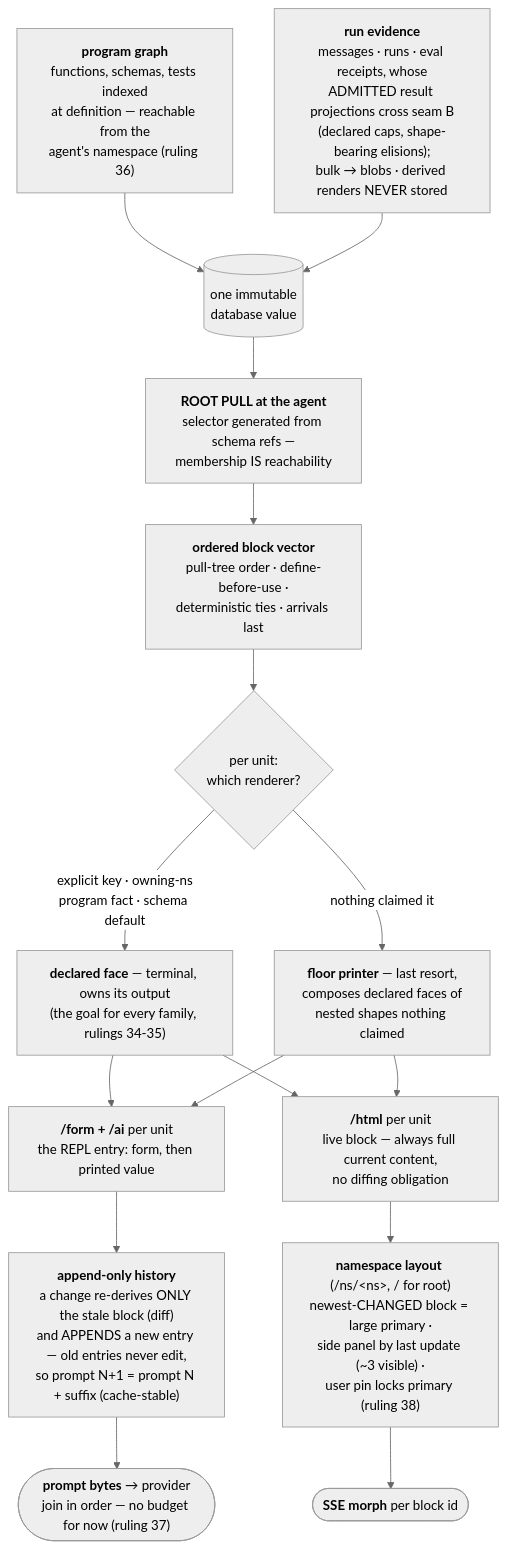
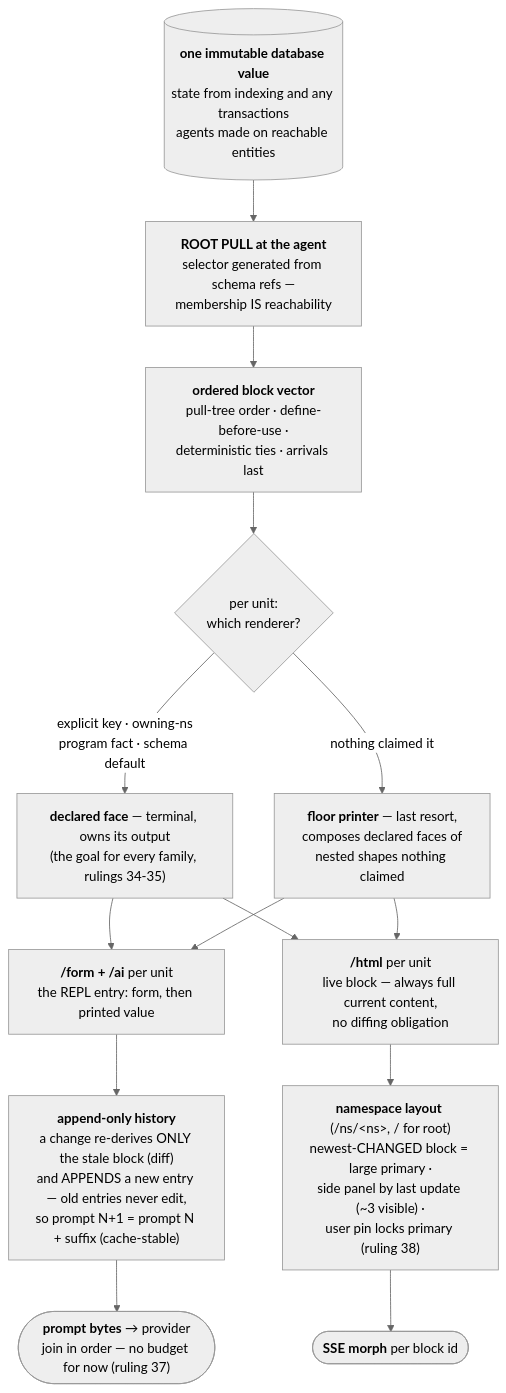
The diagram in docs/prds/context-generation/plan/one-renderer-prd-2026-08-14.md (seantempesta/seon), drawn with Mermaid (neutral theme) before and after one commit. The commit also changed other lines of this file and 1 other file, not shown here.

First line of the commit message:
Rendering starts at the database value; admission out of the pipeline

````diff
--- a/docs/prds/context-generation/plan/one-renderer-prd-2026-08-14.md
+++ b/docs/prds/context-generation/plan/one-renderer-prd-2026-08-14.md
@@ -45,33 +45,29 @@
 ```mermaid
 flowchart TD
-    PROG["<b>program graph</b><br/>functions, schemas, tests indexed<br/>at definition — reachable from the<br/>agent's namespace (ruling 36)"]
-    EVID["<b>run evidence</b><br/>messages · runs · eval receipts, whose<br/>ADMITTED result projections cross seam B<br/>(declared caps, shape-bearing elisions);<br/>bulk → blobs · derived renders NEVER stored"]
-    DB[("one immutable<br/>database value")]
+    DB[("<b>one immutable database value</b><br/>state from indexing and any transactions<br/>agents made on reachable entities")]
     PULL["<b>ROOT PULL at the agent</b><br/>selector generated from schema refs —<br/>membership IS reachability"]
     VEC["<b>ordered block vector</b><br/>pull-tree order · define-before-use ·<br/>deterministic ties · arrivals last"]
     SEL{"per unit:<br/>which renderer?"}
     FACE["<b>declared face</b> — terminal, owns its output<br/>(the goal for every family, rulings 34-35)"]
     FLOOR["<b>floor printer</b> — last resort,<br/>composes declared faces of<br/>nested shapes nothing claimed"]
 
     AIENT["<b>/form + /ai</b> per unit<br/>the REPL entry: form, then printed value"]
     HIST["<b>append-only history</b><br/>a change re-derives ONLY the stale block (diff)<br/>and APPENDS a new entry — old entries never edit,<br/>so prompt N+1 = prompt N + suffix (cache-stable)"]
     PROMPT(["<b>prompt bytes</b> → provider<br/>join in order — no budget for now (ruling 37)"])
 
     HTMLB["<b>/html</b> per unit<br/>live block — always full current content,<br/>no diffing obligation"]
     LAYOUT["<b>namespace layout</b> (/ns/&lt;ns&gt;, / for root)<br/>newest-CHANGED block = large primary ·<br/>side panel by last update (~3 visible) ·<br/>user pin locks primary (ruling 38)"]
     MORPH(["<b>SSE morph</b> per block id"])
 
-    PROG --> DB
-    EVID --> DB
     DB --> PULL --> VEC --> SEL
     SEL -->|"explicit key · owning-ns<br/>program fact · schema default"| FACE
     SEL -->|"nothing claimed it"| FLOOR
 
     FACE --> AIENT
     FLOOR --> AIENT
     FACE --> HTMLB
     FLOOR --> HTMLB
 
     AIENT --> HIST --> PROMPT
     HTMLB --> LAYOUT --> MORPH
 ```
````
